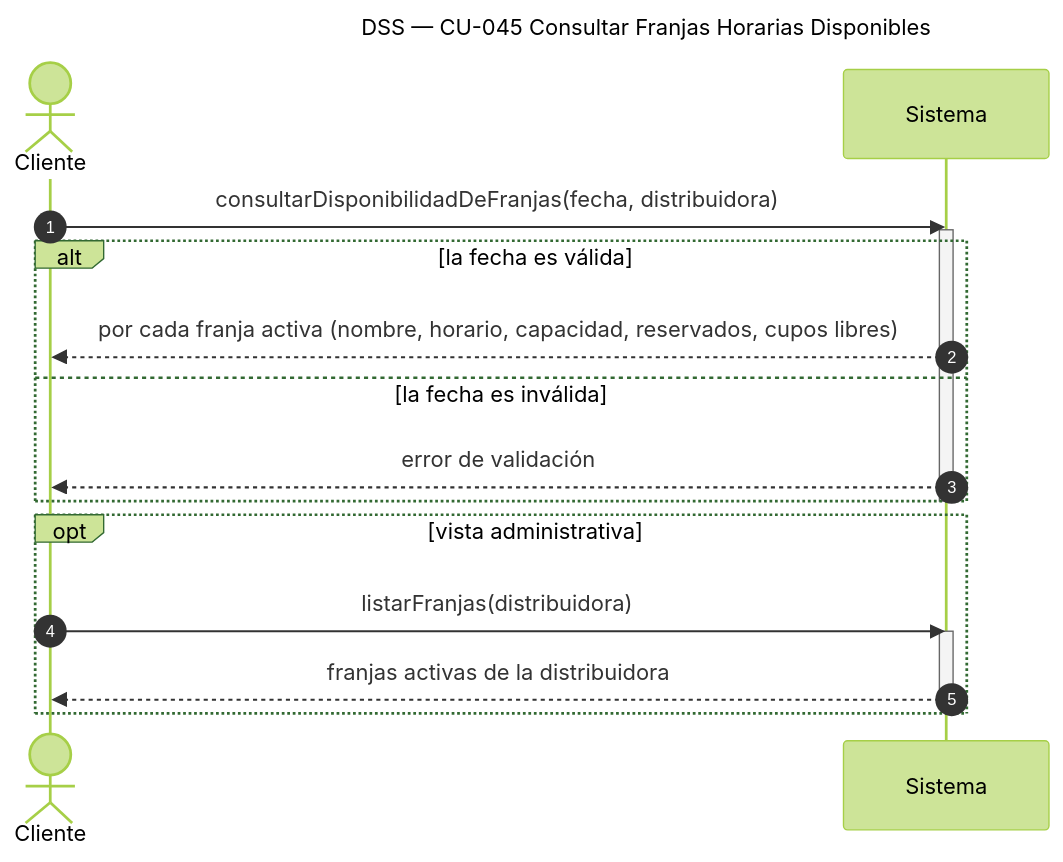
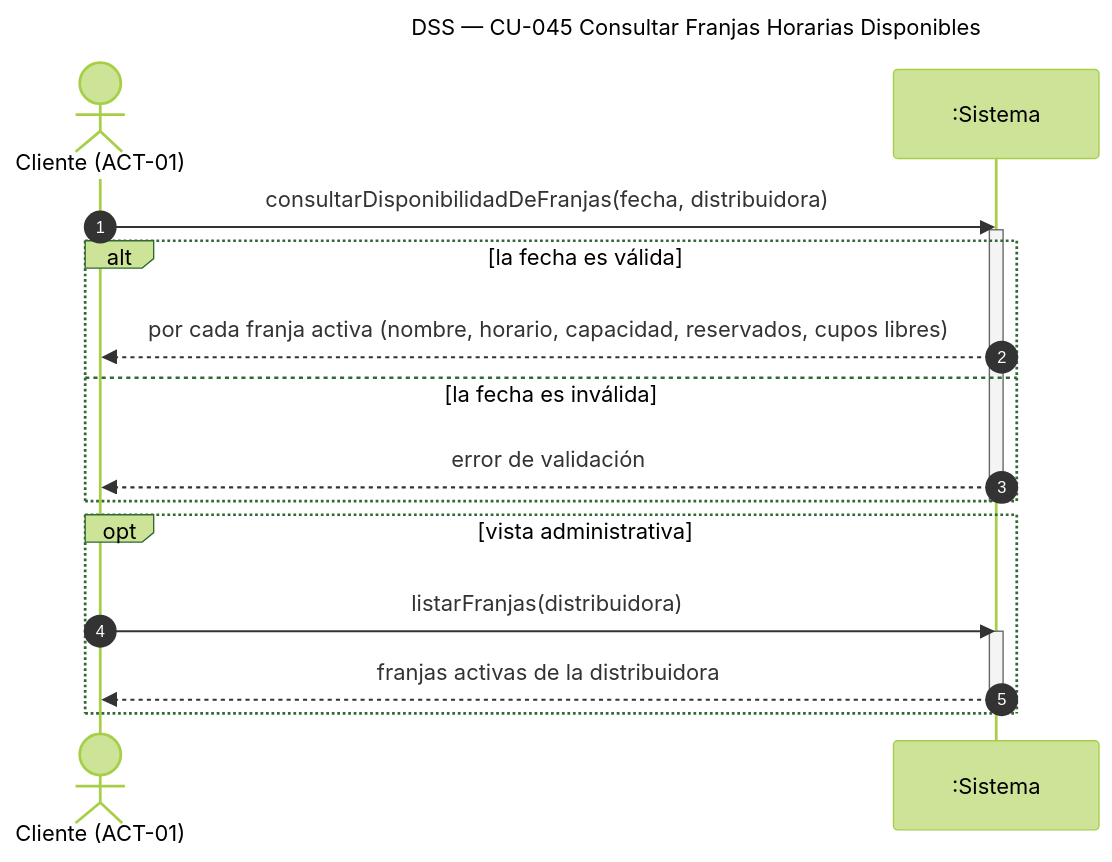
Before and after one commit to Nahuelito-Dev/splg-docs: the diagram in diagramas/DSS_CU-045_Consultar-Franjas-Horarias-Disponibles.mmd, drawn with Mermaid (forest theme). The commit also changed 2486 other files, not shown here.

First line of the commit message:
docs: notación UML/Larman en todos los artefactos y documentación al día con el sistema

```diff
--- a/diagramas/DSS_CU-045_Consultar-Franjas-Horarias-Disponibles.mmd
+++ b/diagramas/DSS_CU-045_Consultar-Franjas-Horarias-Disponibles.mmd
@@ -1,21 +1,21 @@
 sequenceDiagram
     title DSS — CU-045 Consultar Franjas Horarias Disponibles
     autonumber
-    actor CLI as Cliente
-    participant SIS as Sistema
+    actor CLI as Cliente (ACT-01)
+    participant SIS as :Sistema
 
     CLI->>SIS: consultarDisponibilidadDeFranjas(fecha, distribuidora)
     activate SIS
     alt la fecha es válida
         SIS-->>CLI: por cada franja activa (nombre, horario, capacidad, reservados, cupos libres)
     else la fecha es inválida
         SIS-->>CLI: error de validación
     end
     deactivate SIS
 
     opt vista administrativa
         CLI->>SIS: listarFranjas(distribuidora)
         activate SIS
         SIS-->>CLI: franjas activas de la distribuidora
         deactivate SIS
     end
```
